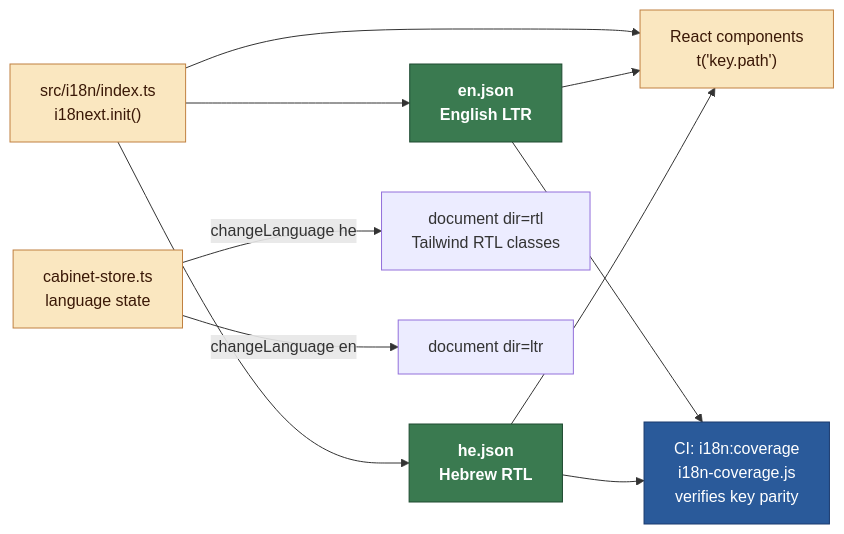
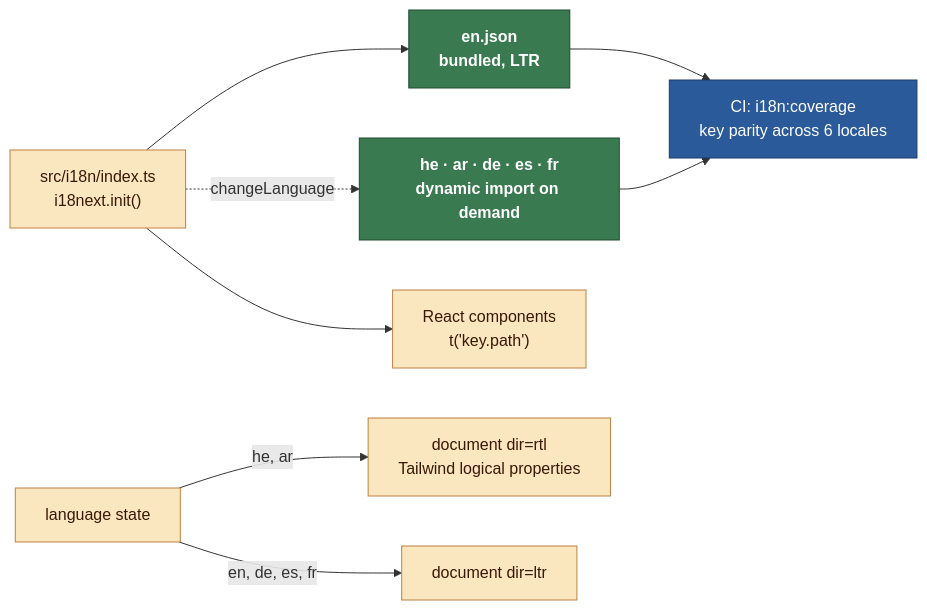
One commit to RajwanYair/WoodworkingShop changed the eighth of 9 diagrams in docs/ARCHITECTURE.md. Above: the diagram before and after it, drawn with Mermaid. The commit also changed other lines of this file and 159 other files, not shown here.

Commit message:
feat: advance v5.35.0 roadmap work

````diff
--- a/docs/ARCHITECTURE.md
+++ b/docs/ARCHITECTURE.md
@@ -426,28 +418,26 @@
 ```mermaid
 graph LR
-  init["src/i18n/index.ts\ni18next.init()"]
-  en["en.json\nEnglish LTR"]
-  he["he.json\nHebrew RTL"]
+  init["src/i18n/index.ts<br/>i18next.init()"]
+  en["en.json<br/>bundled, LTR"]
+  lazy["he · ar · de · es · fr<br/>dynamic import on demand"]
   init --> en
-  init --> he
+  init -. "changeLanguage" .-> lazy
 
-  store["cabinet-store.ts\nlanguage state"]
-  store -- "changeLanguage he" --> rtl["document dir=rtl\nTailwind RTL classes"]
-  store -- "changeLanguage en" --> ltr["document dir=ltr"]
+  store["language state"]
+  store -- "he, ar" --> rtl["document dir=rtl<br/>Tailwind logical properties"]
+  store -- "en, de, es, fr" --> ltr["document dir=ltr"]
 
-  comp["React components\nt('key.path')"]
+  comp["React components<br/>t('key.path')"]
   init --> comp
-  en --> comp
-  he --> comp
 
-  ci["CI: i18n:coverage\ni18n-coverage.js\nverifies key parity"]
+  ci["CI: i18n:coverage<br/>key parity across 6 locales"]
   en --> ci
-  he --> ci
+  lazy --> ci
 
   classDef file fill:#3a7a50,stroke:#1e4a30,color:#fff,font-weight:bold
   classDef process fill:#fae7c0,stroke:#c08040,color:#3a1806
   classDef check fill:#2a5a9a,stroke:#1a3a6e,color:#fff
-  class en,he file
-  class init,store,comp process
+  class en,lazy file
+  class init,store,comp,rtl,ltr process
   class ci check
 ```
````
